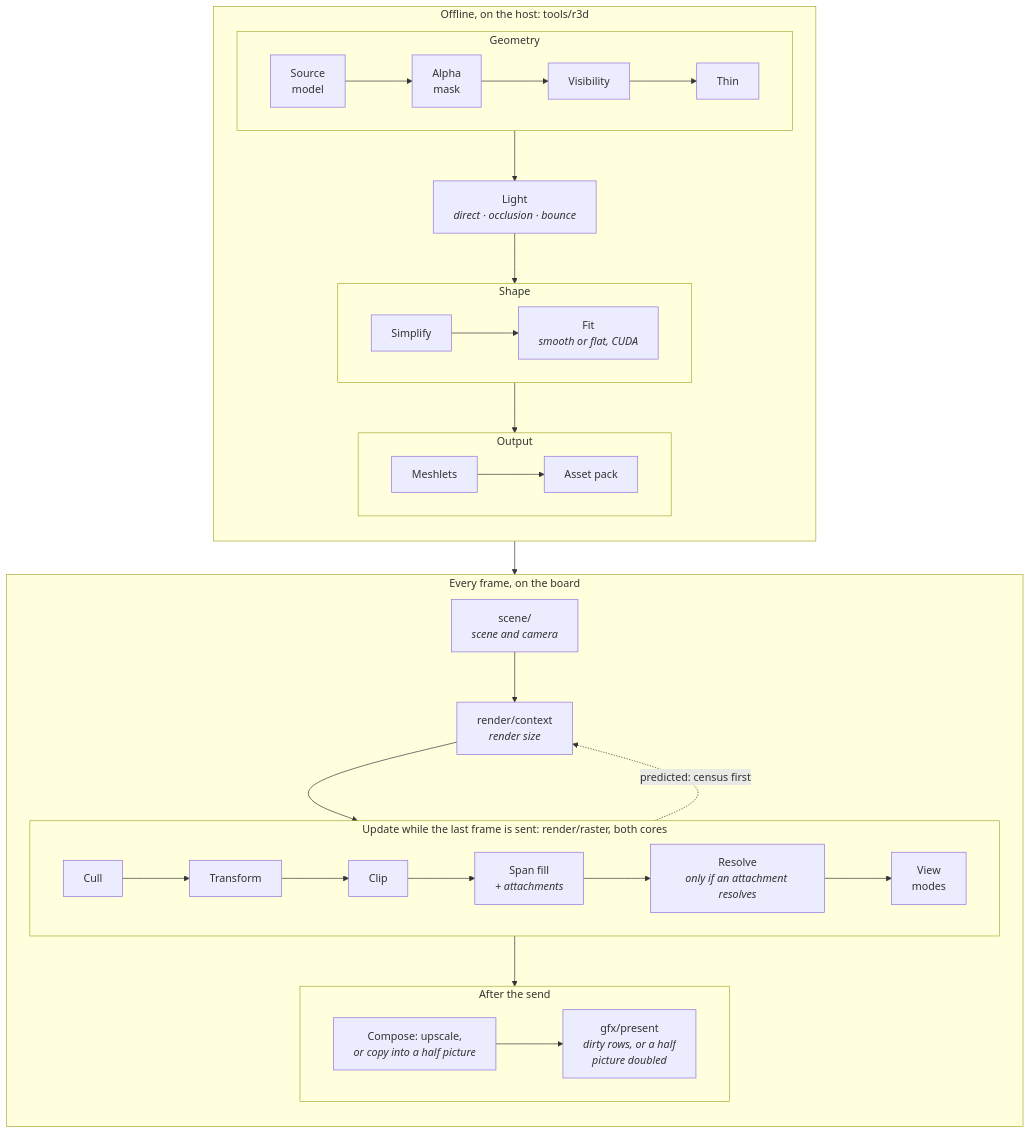
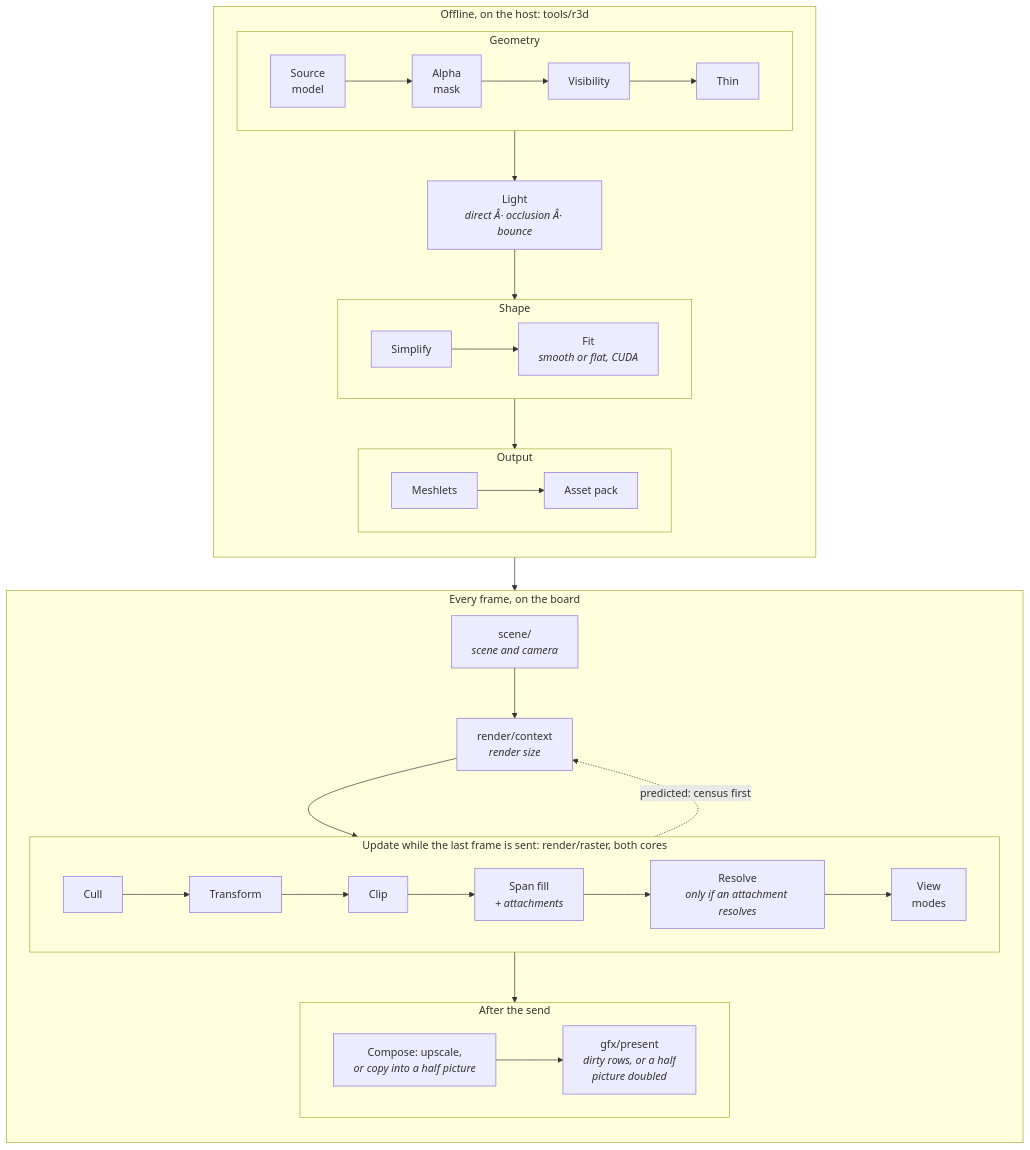
The diagram in docs/render/Render-Pipeline.md (jose-villegas/autana), drawn with Mermaid before and after one commit. The commit also changed other lines of this file and 9 other files, not shown here.

Commit message:
tools: one stacked bar helper for the doc charts; byte units from byte_sizes (fs1c review)

````diff
--- a/docs/render/Render-Pipeline.md
+++ b/docs/render/Render-Pipeline.md
@@ -20,36 +20,36 @@
 ```mermaid
 flowchart TB
     subgraph Host["Offline, on the host: tools/r3d"]
         direction TB
         subgraph Geometry["Geometry"]
             direction LR
             Src["Source<br/>model"] --> Mask["Alpha<br/>mask"] --> Vis["Visibility"] --> Thin["Thin"]
         end
-        Light["Light<br/><i>direct · occlusion · bounce</i>"]
+        Light["Light<br/><i>direct Â· occlusion Â· bounce</i>"]
         subgraph Shape["Shape"]
             direction LR
             Simp["Simplify"] --> Fit["Fit<br/><i>smooth or flat, CUDA</i>"]
         end
         subgraph Output["Output"]
             direction LR
             Mesh["Meshlets"] --> Pack["Asset pack"]
         end
         Geometry --> Light --> Shape --> Output
     end
     subgraph Board["Every frame, on the board"]
         direction TB
         Scene["scene/<br/><i>scene and camera</i>"] --> Size["render/context<br/><i>render size</i>"]
         subgraph Update["Update while the last frame is sent: render/raster, both cores"]
             direction LR
             Cull["Cull"] --> Xf["Transform"] --> Clip["Clip"] --> Fill["Span fill<br/><i>+ attachments</i>"] --> Res["Resolve<br/><i>only if an attachment resolves</i>"] --> View["View<br/>modes"]
         end
         subgraph After["After the send"]
             direction LR
             Up["Compose: upscale,<br/><i>or copy into a half picture</i>"] --> Present["gfx/present<br/><i>dirty rows, or a half<br/>picture doubled</i>"]
         end
         Size --> Update
         Update -. "predicted: census first" .-> Size
         Update --> After
     end
     Output --> Board
 ```
````
